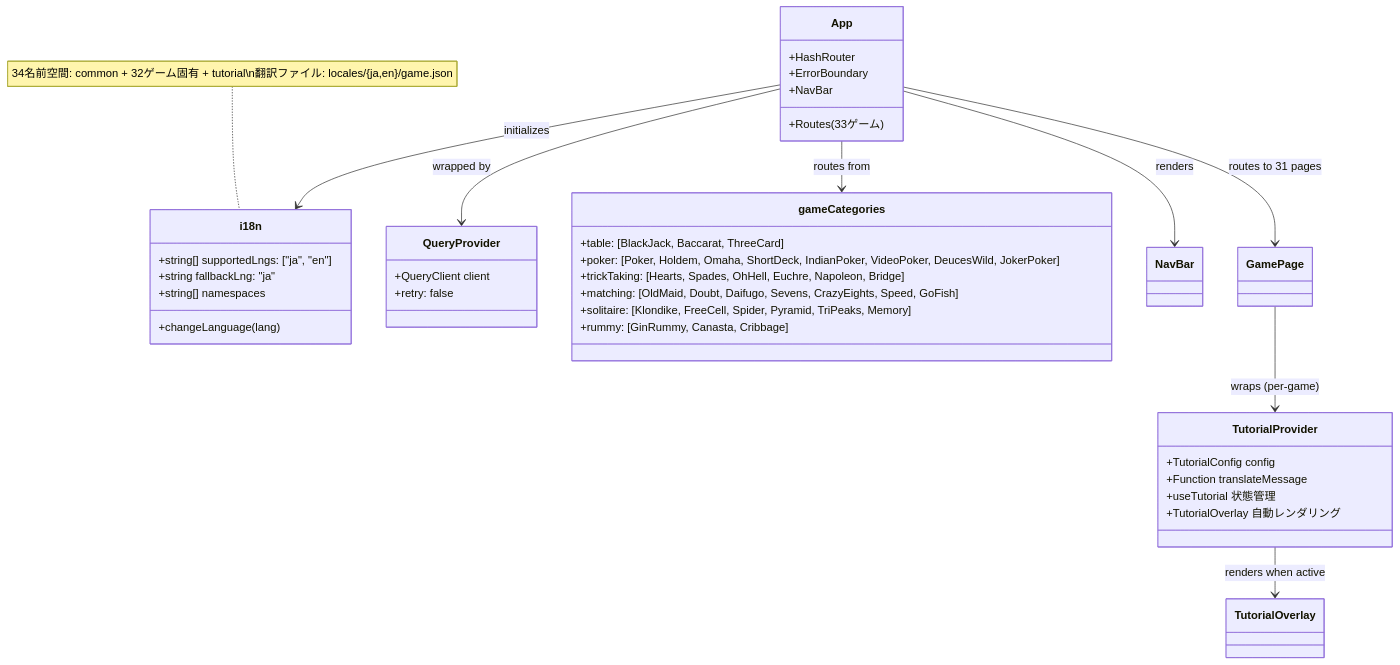
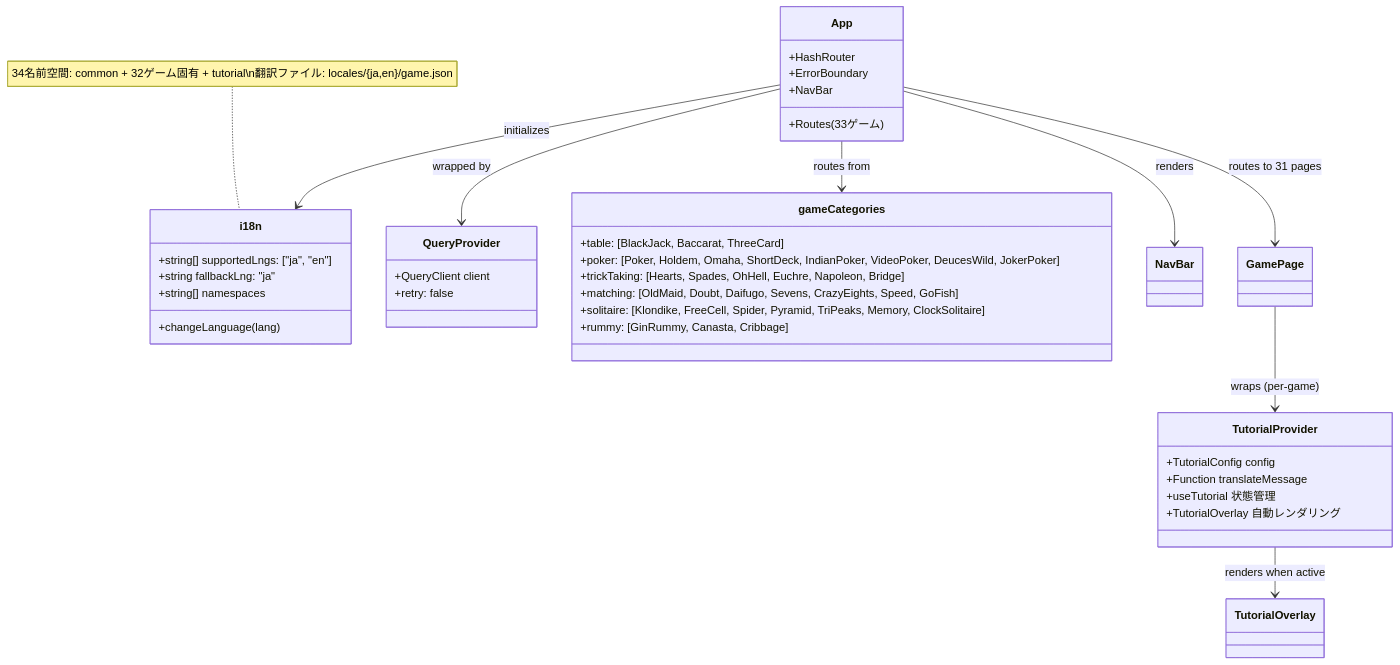
One commit to yuta-yoshinaga/go_trumpcards changed the ninth of 31 diagrams in docs/design/frontend.md. Above: the diagram before and after it, drawn with Mermaid. The commit also changed other lines of this file and 50 other files, not shown here.

First line of the commit message:
feat: add Clock Solitaire (クロックソリティア)

````diff
--- a/docs/design/frontend.md
+++ b/docs/design/frontend.md
@@ -1407,47 +1447,47 @@
 ```mermaid
 classDiagram
     class i18n {
         +string[] supportedLngs: ["ja", "en"]
         +string fallbackLng: "ja"
         +string[] namespaces
         +changeLanguage(lang)
     }
 
     class QueryProvider {
         +QueryClient client
         +retry: false
     }
 
     class App {
         +HashRouter
         +ErrorBoundary
         +NavBar
         +Routes (33ゲーム)
     }
 
     class gameCategories {
         +table: [BlackJack, Baccarat, ThreeCard]
         +poker: [Poker, Holdem, Omaha, ShortDeck, IndianPoker, VideoPoker, DeucesWild, JokerPoker]
         +trickTaking: [Hearts, Spades, OhHell, Euchre, Napoleon, Bridge]
         +matching: [OldMaid, Doubt, Daifugo, Sevens, CrazyEights, Speed, GoFish]
-        +solitaire: [Klondike, FreeCell, Spider, Pyramid, TriPeaks, Memory]
+        +solitaire: [Klondike, FreeCell, Spider, Pyramid, TriPeaks, Memory, ClockSolitaire]
         +rummy: [GinRummy, Canasta, Cribbage]
     }
 
     class TutorialProvider {
         +TutorialConfig config
         +Function translateMessage
         +useTutorial 状態管理
         +TutorialOverlay 自動レンダリング
     }
 
     App --> QueryProvider : wrapped by
     App --> i18n : initializes
     App --> gameCategories : routes from
     App --> NavBar : renders
     App --> GamePage : routes to 31 pages
     GamePage --> TutorialProvider : wraps (per-game)
     TutorialProvider --> TutorialOverlay : renders when active
 
     note for i18n "34名前空間: common + 32ゲーム固有 + tutorial\n翻訳ファイル: locales/{ja,en}/game.json"
 ```
````
